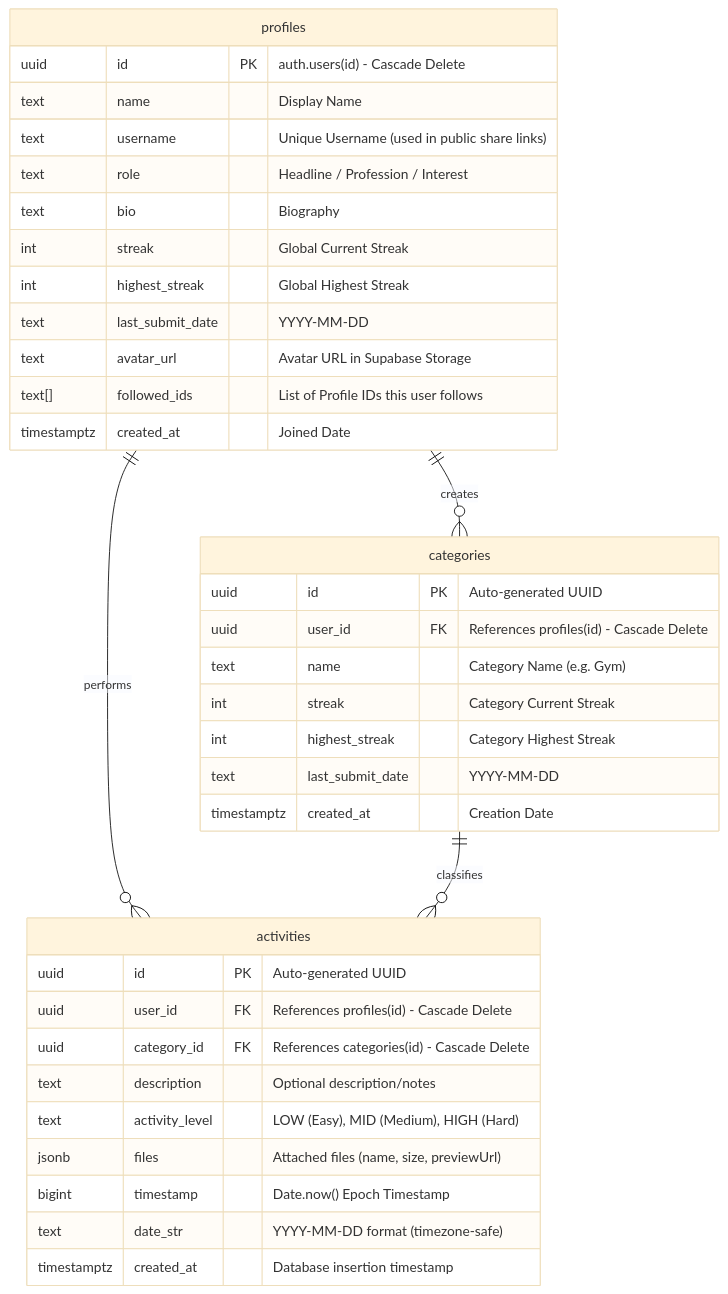
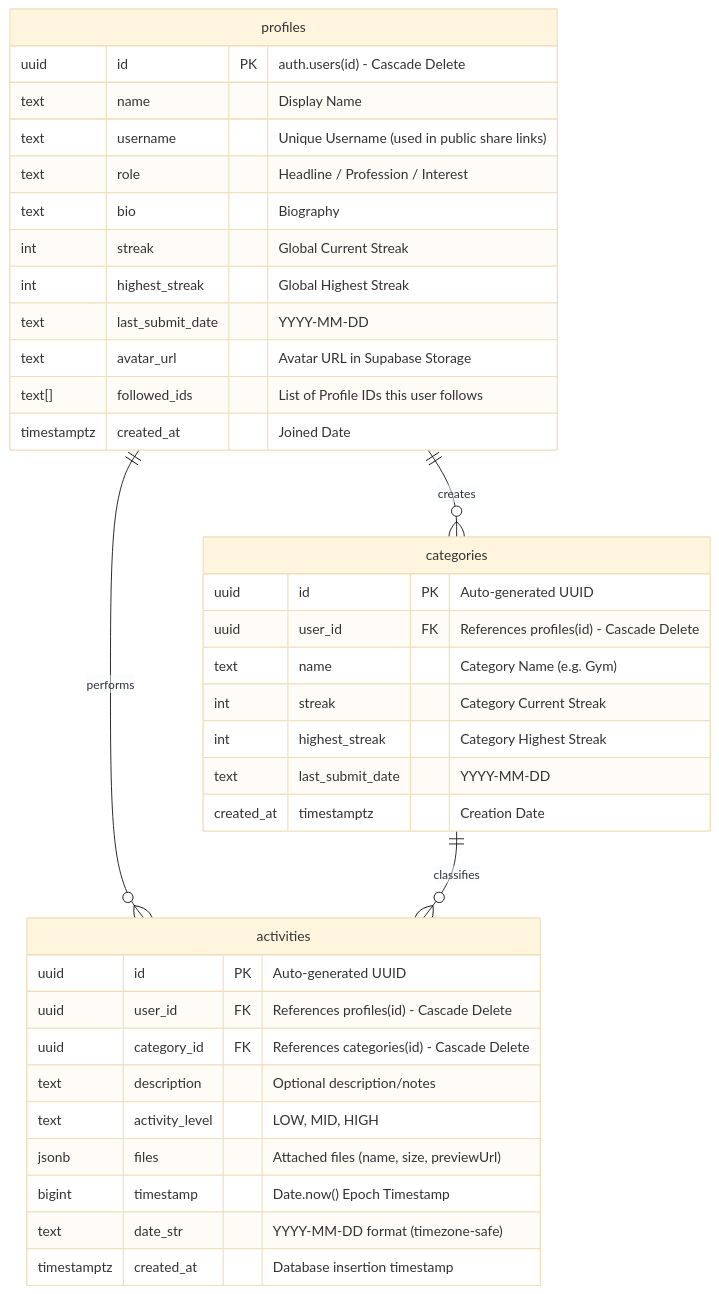
Before and after one commit to Algo-jo/Streakly-Web: the diagram in README.md, drawn with Mermaid (base theme). The commit also changed other lines of this file, not shown here.

````diff
--- a/README.md
+++ b/README.md
@@ -37,42 +88,42 @@
 ```mermaid
 erDiagram
     profiles ||--o{ categories : "creates"
     profiles ||--o{ activities : "performs"
     categories ||--o{ activities : "classifies"
 
     profiles {
         uuid id PK "auth.users(id) - Cascade Delete"
         text name "Display Name"
         text username "Unique Username (used in public share links)"
         text role "Headline / Profession / Interest"
         text bio "Biography"
         int streak "Global Current Streak"
         int highest_streak "Global Highest Streak"
         text last_submit_date "YYYY-MM-DD"
         text avatar_url "Avatar URL in Supabase Storage"
         text[] followed_ids "List of Profile IDs this user follows"
         timestamptz created_at "Joined Date"
     }
 
     categories {
         uuid id PK "Auto-generated UUID"
         uuid user_id FK "References profiles(id) - Cascade Delete"
         text name "Category Name (e.g. Gym)"
         int streak "Category Current Streak"
         int highest_streak "Category Highest Streak"
         text last_submit_date "YYYY-MM-DD"
-        timestamptz created_at "Creation Date"
+        created_at timestamptz "Creation Date"
     }
 
     activities {
         uuid id PK "Auto-generated UUID"
         uuid user_id FK "References profiles(id) - Cascade Delete"
         uuid category_id FK "References categories(id) - Cascade Delete"
         text description "Optional description/notes"
-        text activity_level "LOW (Easy), MID (Medium), HIGH (Hard)"
+        text activity_level "LOW, MID, HIGH"
         jsonb files "Attached files (name, size, previewUrl)"
         bigint timestamp "Date.now() Epoch Timestamp"
         text date_str "YYYY-MM-DD format (timezone-safe)"
         timestamptz created_at "Database insertion timestamp"
     }
 ```
````
